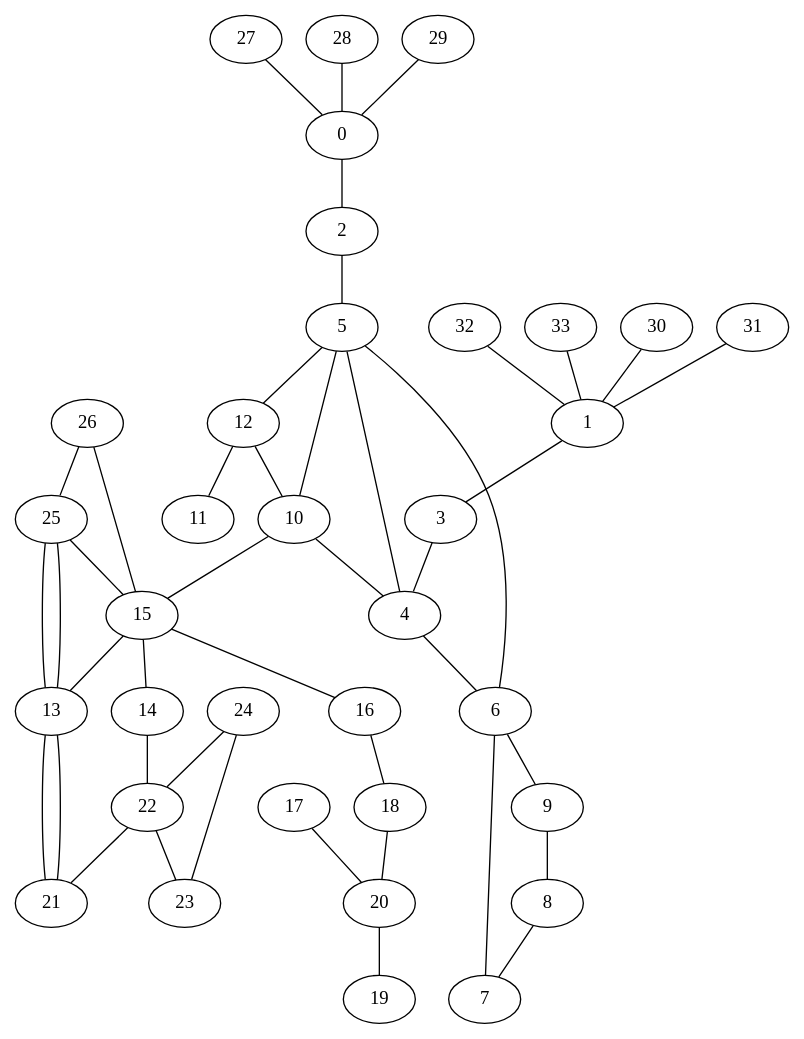
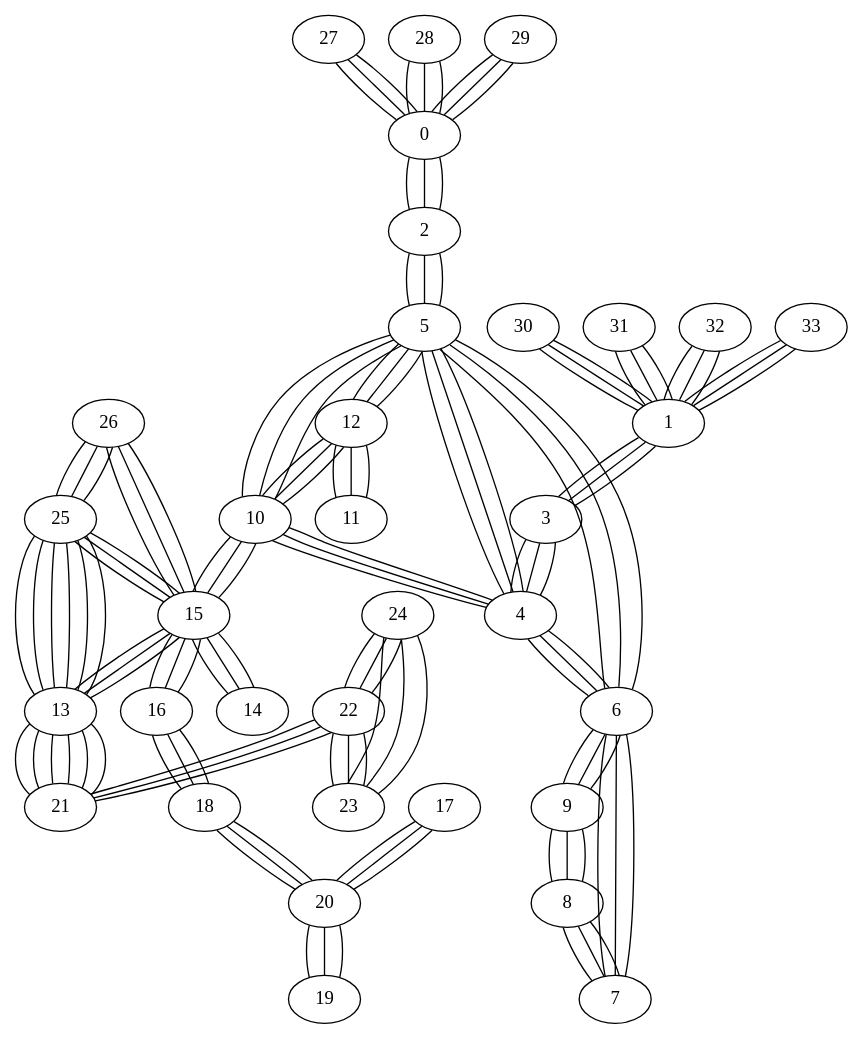
One commit to harrietrc/se306-project1 changed the diagram in se306_project1/test.dot. Above: the diagram before and after it, drawn with Graphviz. The commit also changed 1 other file, not shown here.

```diff
--- a/se306_project1/test.dot
+++ b/se306_project1/test.dot
@@ -1,79 +1,162 @@
 graph G {
 0;
 1;
 2;
 3;
 4;
 5;
 6;
 7;
 8;
 9;
 10;
 11;
 12;
 13;
 14;
 15;
 16;
 17;
 18;
 19;
 20;
 21;
 22;
 23;
 24;
 25;
 26;
 27;
 28;
 29;
 30;
 31;
 32;
 33;
 0--2 ;
 1--3 ;
 2--5 ;
 3--4 ;
 5--6 ;
 4--6 ;
 6--9 ;
 9--8 ;
 8--7 ;
 7--6 ;
 4--5 ;
 5--12 ;
 12--11 ;
 12--10 ;
 5--10 ;
 10--15 ;
 15--16 ;
 15--14 ;
 15--13 ;
 16--18 ;
 18--20 ;
 17--20 ;
 20--19 ;
 13--21 ;
-14--22 ;
+22--23 ;
+24--22 ;
+27--0 ;
+28--0 ;
+29--0 ;
+31--1 ;
+32--1 ;
+33--1 ;
+30--1 ;
+22--21 ;
+25--15 ;
+26--15 ;
+24--23 ;
+10--4 ;
+25--13 ;
+25--13 ;
+26--25 ;
+21--13 ;
+0--2 ;
+1--3 ;
+2--5 ;
+3--4 ;
+5--6 ;
+4--6 ;
+6--9 ;
+9--8 ;
+8--7 ;
+7--6 ;
+4--5 ;
+5--12 ;
+12--11 ;
+12--10 ;
+5--10 ;
+10--15 ;
+15--16 ;
+15--14 ;
+15--13 ;
+16--18 ;
+18--20 ;
+17--20 ;
+20--19 ;
+13--21 ;
+22--23 ;
+24--22 ;
+27--0 ;
+28--0 ;
+29--0 ;
+31--1 ;
+32--1 ;
+33--1 ;
+30--1 ;
+22--21 ;
+25--15 ;
+26--15 ;
+24--23 ;
+10--4 ;
+25--13 ;
+25--13 ;
+26--25 ;
+21--13 ;
+0--2 ;
+1--3 ;
+2--5 ;
+3--4 ;
+5--6 ;
+4--6 ;
+6--9 ;
+9--8 ;
+8--7 ;
+7--6 ;
+4--5 ;
+5--12 ;
+12--11 ;
+12--10 ;
+5--10 ;
+10--15 ;
+15--16 ;
+15--14 ;
+15--13 ;
+16--18 ;
+18--20 ;
+17--20 ;
+20--19 ;
+13--21 ;
 22--23 ;
 24--22 ;
 27--0 ;
 28--0 ;
 29--0 ;
 31--1 ;
 32--1 ;
 33--1 ;
 30--1 ;
 22--21 ;
 25--15 ;
 26--15 ;
 24--23 ;
 10--4 ;
 25--13 ;
 25--13 ;
 26--25 ;
 21--13 ;
 }
```
